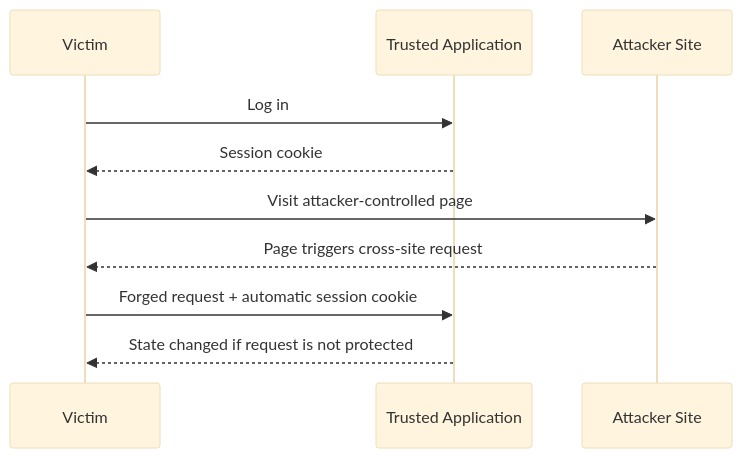
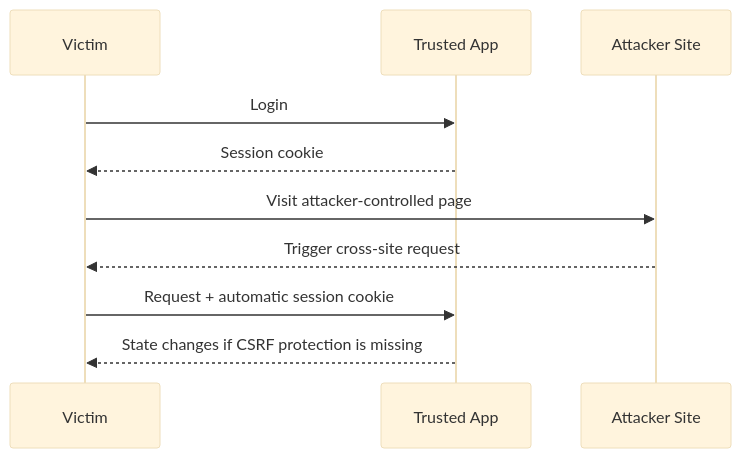
One commit to AvadhBhalodiya/Interview-Preparation changed the fifth of 6 diagrams in src/content/security/sql-injection-xss-csrf.md. Above: the diagram before and after it, drawn with Mermaid (base theme). The commit also changed other lines of this file and 54 other files, not shown here.

````diff
--- a/src/content/security/sql-injection-xss-csrf.md
+++ b/src/content/security/sql-injection-xss-csrf.md
@@ -1095,13 +286,13 @@
 ```mermaid
 sequenceDiagram
     participant V as Victim
-    participant T as Trusted Application
+    participant T as Trusted App
     participant A as Attacker Site
 
-    V->>T: Log in
+    V->>T: Login
     T-->>V: Session cookie
     V->>A: Visit attacker-controlled page
-    A-->>V: Page triggers cross-site request
-    V->>T: Forged request + automatic session cookie
-    T-->>V: State changed if request is not protected
+    A-->>V: Trigger cross-site request
+    V->>T: Request + automatic session cookie
+    T-->>V: State changes if CSRF protection is missing
 ```
````
